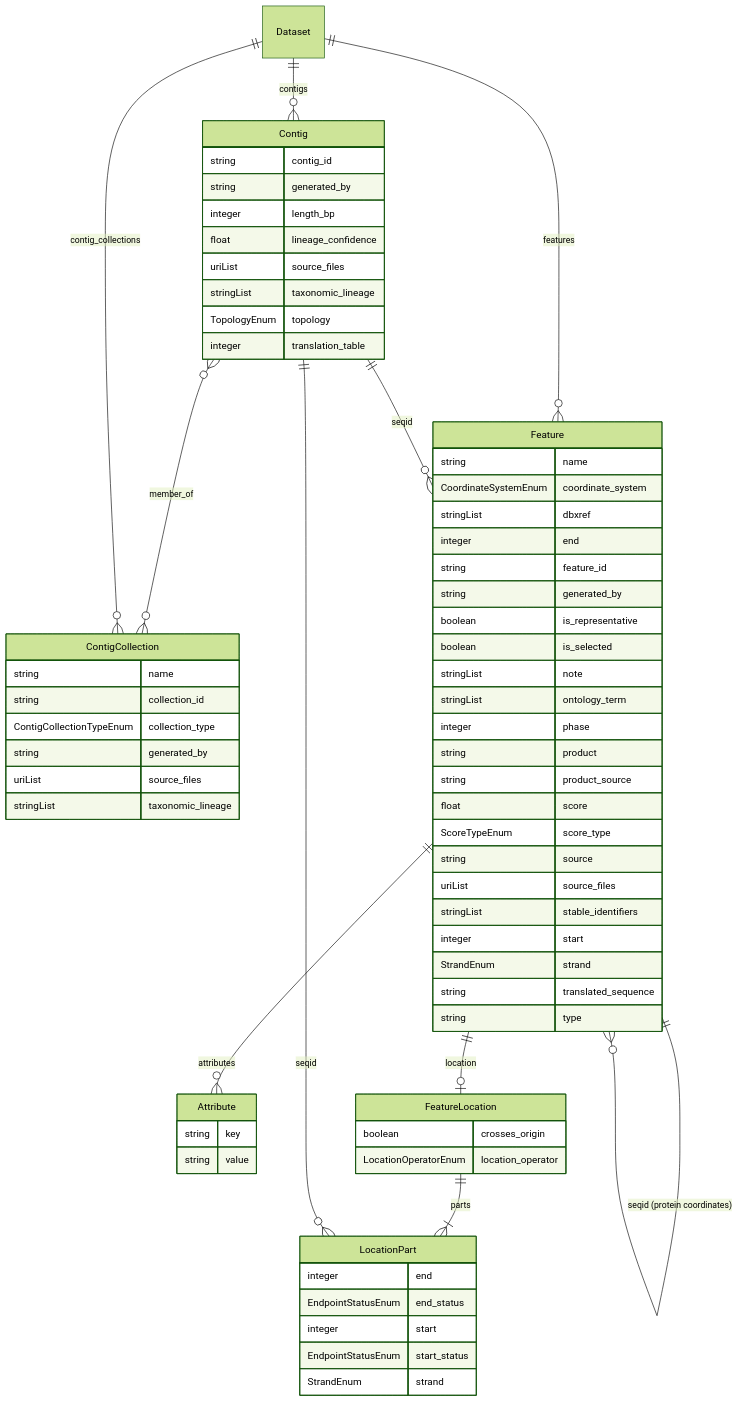
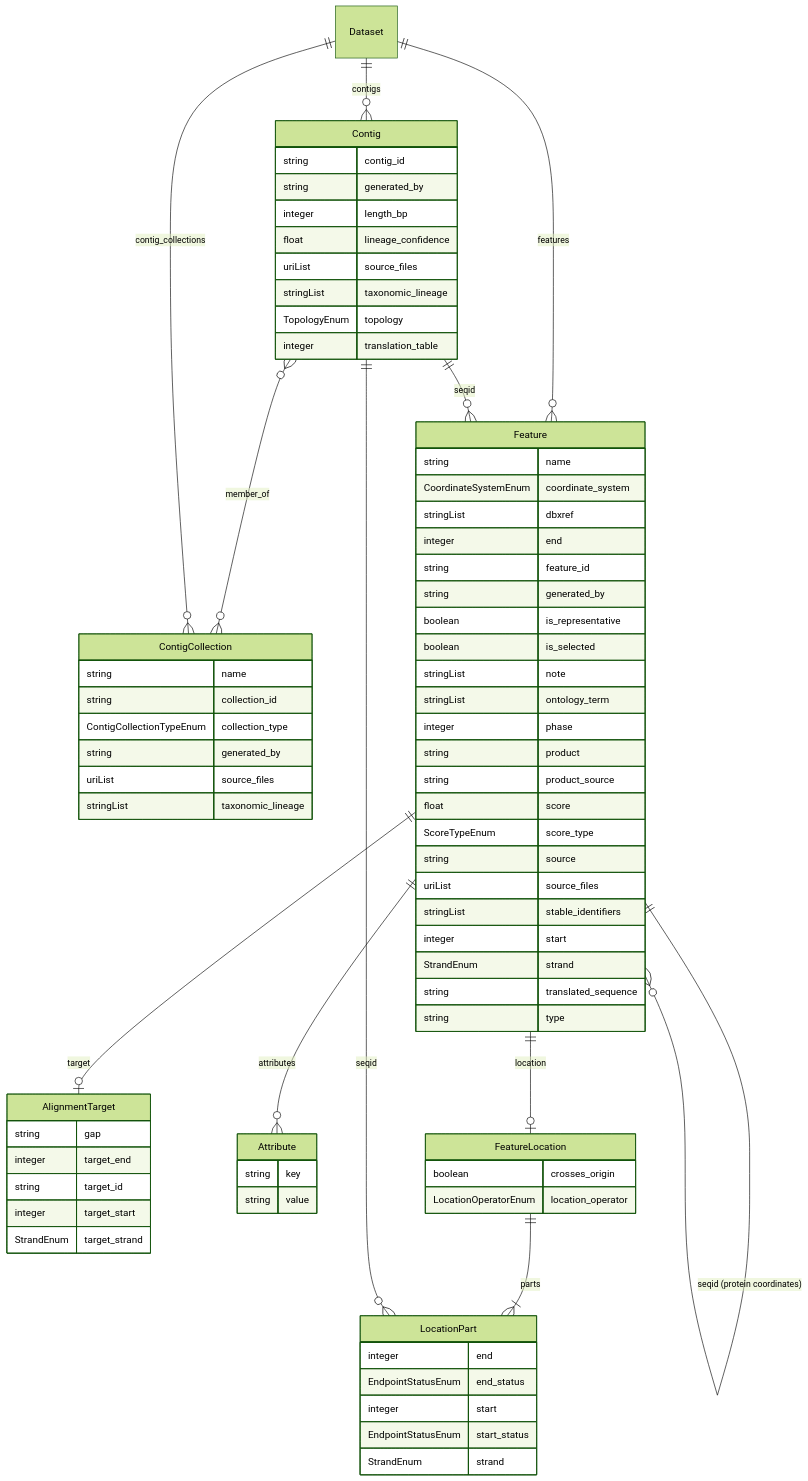
The diagram in docs/schema-diagram.md (turbomam/feature-table-corpus), drawn with Mermaid (forest theme) before and after one commit. The commit also changed 16 other files, not shown here.

First line of the commit message:
Give a hit's alignment target typed slots

````diff
--- a/docs/schema-diagram.md
+++ b/docs/schema-diagram.md
@@ -9,5 +9,12 @@
 ```mermaid
 erDiagram
+AlignmentTarget {
+    string gap
+    integer target_end
+    string target_id
+    integer target_start
+    StrandEnum target_strand
+}
 Attribute {
     string key
     string value
@@ -73,6 +80,7 @@
 Dataset ||--o{ Contig : "contigs"
 Dataset ||--o{ ContigCollection : "contig_collections"
 Dataset ||--o{ Feature : "features"
+Feature ||--o| AlignmentTarget : "target"
 Feature ||--o| FeatureLocation : "location"
 Feature ||--o{ Attribute : "attributes"
 Feature }o--o{ Feature : "parent"
````
